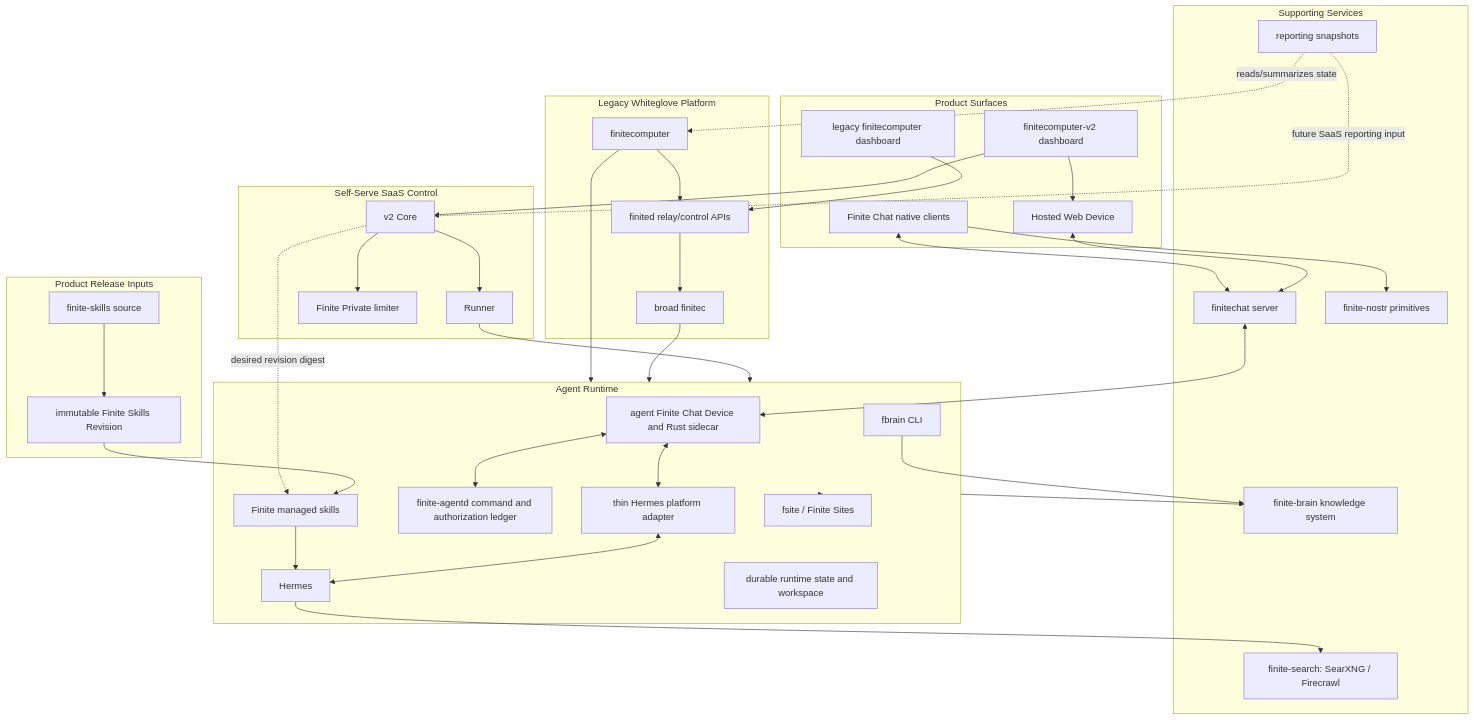
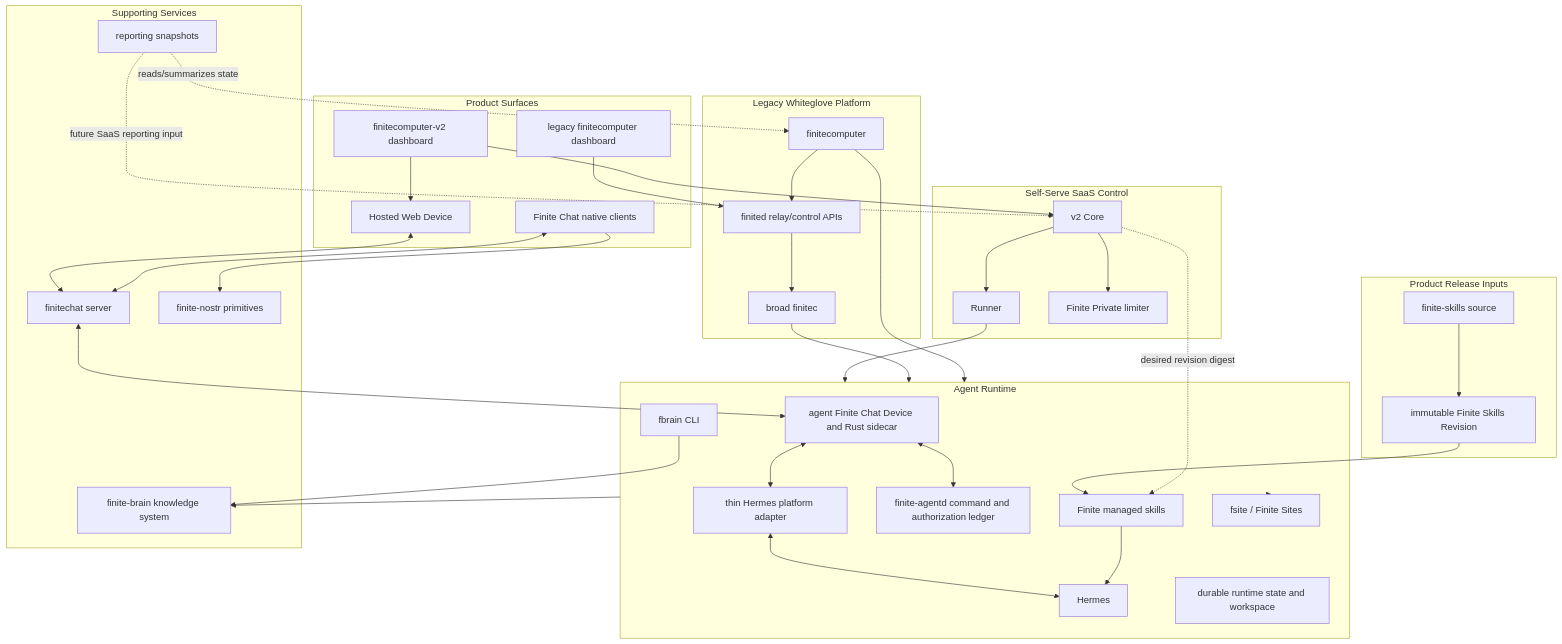
One commit to finitecomputer/finite-mono changed the diagram in docs/architecture-overview.md. Above: the diagram before and after it, drawn with Mermaid. The commit also changed other lines of this file and 62 other files, not shown here.

First line of the commit message:
chore(repo): delete the finite-search tree and its CI/doc surface (search retirement 2/2)

````diff
--- a/docs/architecture-overview.md
+++ b/docs/architecture-overview.md
@@ -43,73 +43,71 @@
 ```mermaid
 flowchart TB
   subgraph Product["Product Surfaces"]
     V2Dashboard["finitecomputer-v2 dashboard"]
     HostedWeb["Hosted Web Device"]
     NativeChat["Finite Chat native clients"]
     LegacyDashboard["legacy finitecomputer dashboard"]
   end
 
   subgraph SaaS["Self-Serve SaaS Control"]
     Core["v2 Core"]
     Runner["Runner"]
     PrivateLimiter["Finite Private limiter"]
   end
 
   subgraph Release["Product Release Inputs"]
     SkillSource["finite-skills source"]
     SkillRevision["immutable Finite Skills Revision"]
     SkillSource --> SkillRevision
   end
 
   subgraph Legacy["Legacy Whiteglove Platform"]
     LegacyFiniteComputer["finitecomputer"]
     Finited["finited relay/control APIs"]
     Finitec["broad finitec"]
   end
 
   subgraph Runtime["Agent Runtime"]
     AgentChatDevice["agent Finite Chat Device and Rust sidecar"]
     HermesAdapter["thin Hermes platform adapter"]
     Hermes["Hermes"]
     Agentd["finite-agentd command and authorization ledger"]
     UserHome["durable runtime state and workspace"]
     SkillBaseline["Finite managed skills"]
     FSite["fsite / Finite Sites"]
     FBrainCli["fbrain CLI"]
   end
 
   subgraph Supporting["Supporting Services"]
     ChatServer["finitechat server"]
     Brain["finite-brain knowledge system"]
-    Search["finite-search: SearXNG / Firecrawl"]
     Nostr["finite-nostr primitives"]
     Reporting["reporting snapshots"]
   end
 
   V2Dashboard --> Core
   Core --> Runner
   Core --> PrivateLimiter
   Runner --> Runtime
   V2Dashboard --> HostedWeb
   HostedWeb <--> ChatServer
   NativeChat <--> ChatServer
   ChatServer <--> AgentChatDevice
   AgentChatDevice <--> HermesAdapter
   HermesAdapter <--> Hermes
   AgentChatDevice <--> Agentd
   Runtime --> Brain
   LegacyDashboard --> Finited
   Finited --> Finitec
   Finitec --> Runtime
   LegacyFiniteComputer --> Finited
   LegacyFiniteComputer --> Runtime
   SkillRevision --> SkillBaseline
   Core -. "desired revision digest" .-> SkillBaseline
   SkillBaseline --> Hermes
   Runtime --> FSite
   FBrainCli --> Brain
-  Hermes --> Search
   NativeChat --> Nostr
   Reporting -. "reads/summarizes state" .-> LegacyFiniteComputer
   Reporting -. "future SaaS reporting input" .-> Core
 ```
````
